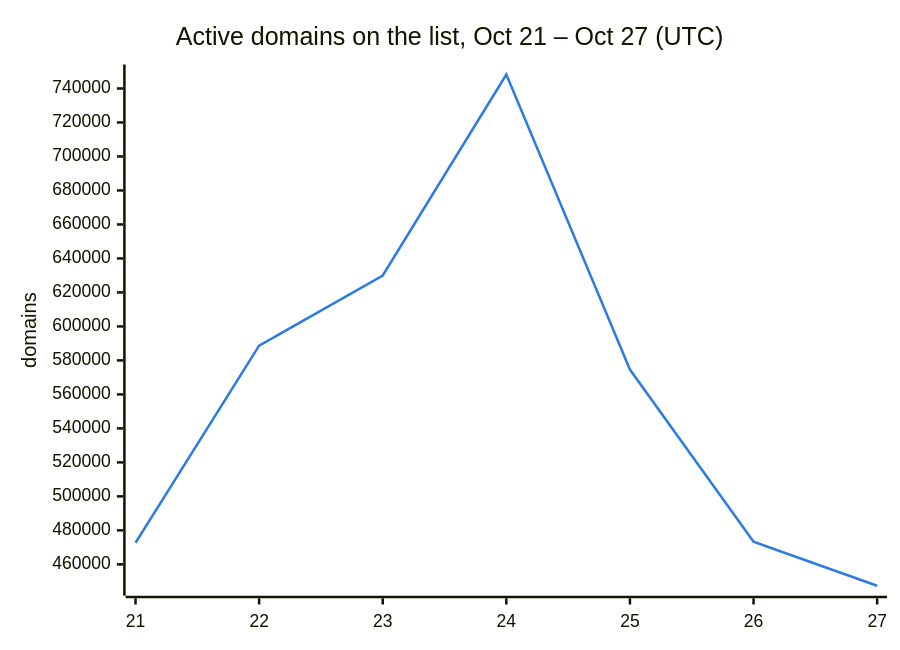
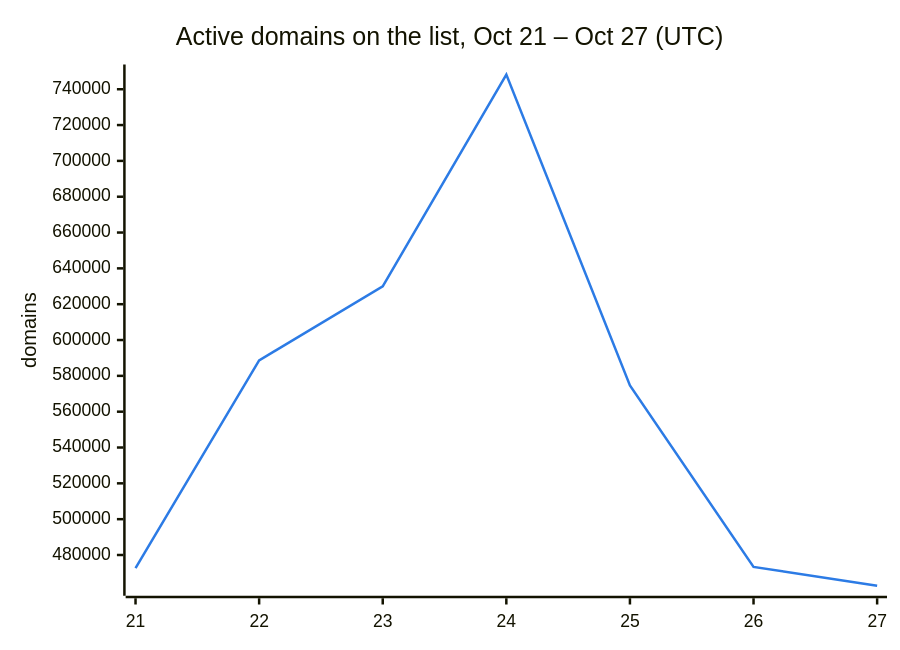
One commit to DNSBunker/CTI changed the second of 3 diagrams in README.md. Above: the diagram before and after it, drawn with Mermaid. The commit also changed other lines of this file and 3 other files, not shown here.

````diff
--- a/README.md
+++ b/README.md
@@ -38,8 +38,8 @@
 ```mermaid
 %%{init: {"themeVariables": {"xyChart": {"plotColorPalette": "#2c7be5"}}}}%%
 xychart-beta
     title "Active domains on the list, Oct 21 – Oct 27 (UTC)"
     x-axis ["21", "22", "23", "24", "25", "26", "27"]
     y-axis "domains"
-    line [472713, 588659, 629951, 748222, 574614, 473331, 447414]
+    line [472713, 588659, 629951, 748222, 574614, 473331, 462833]
 ```
````
